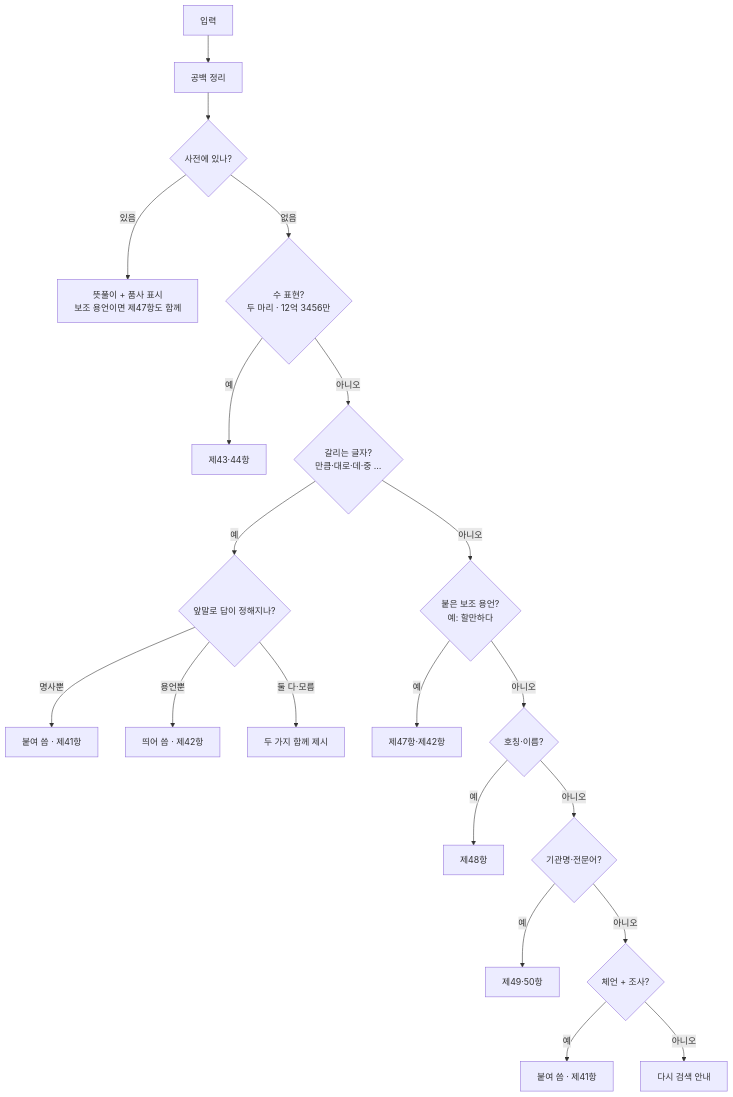
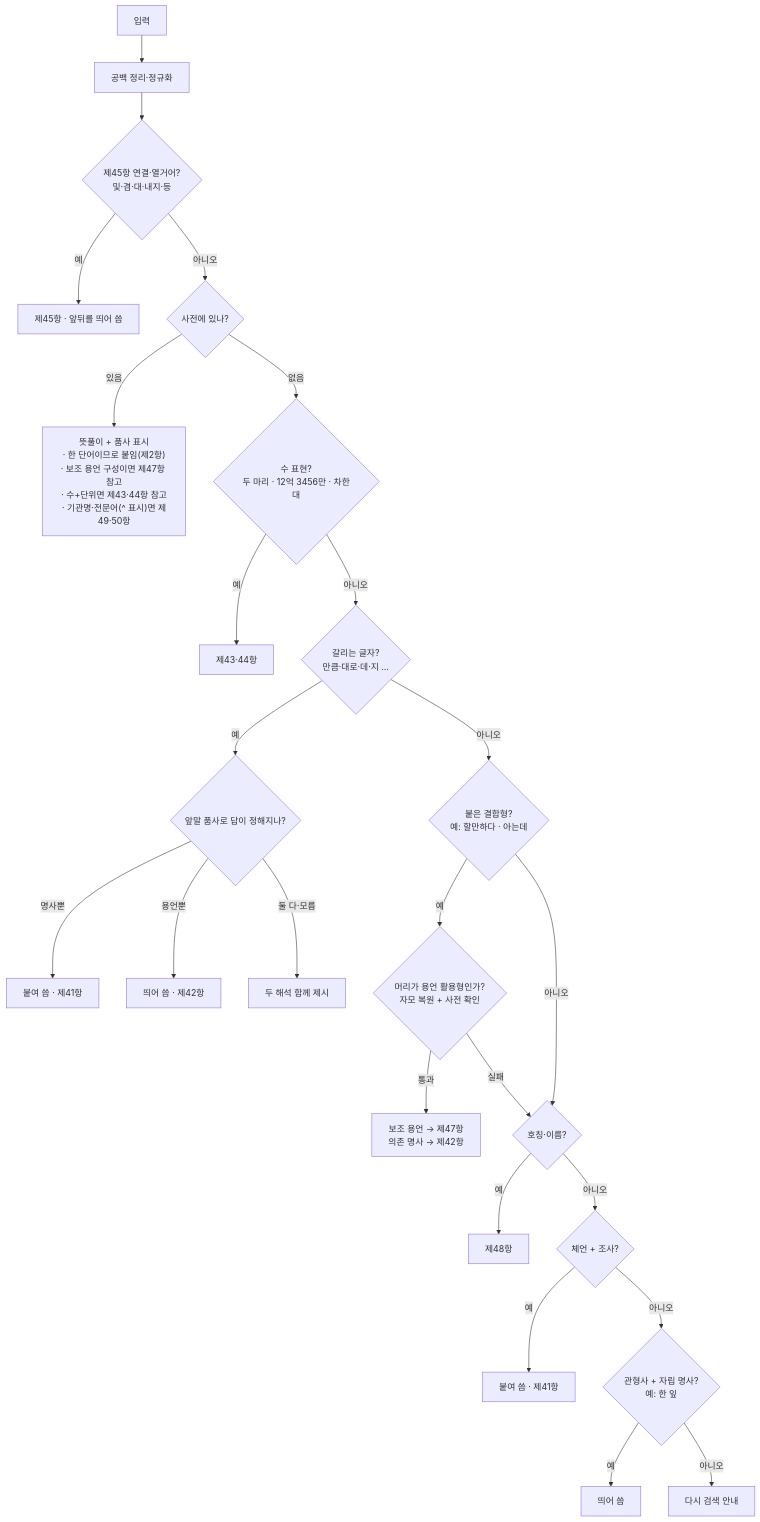
One commit to sophie-linguist/korean-spacing changed the diagram in README.md. Above: the diagram before and after it, drawn with Mermaid. The commit also changed other lines of this file and 1 other file, not shown here.

Commit message:
README를 실제 판정 알고리즘과 일치하도록 개정
- 불규칙 활용 한계 갱신: 르/러/ㅎ·ㅂ 불규칙은 이미 구현돼 있어
  "아직/빠짐" 서술을 제거하고, 명사 오인 방지로 일부러 막은
  역복원만 한계로 명시
- 판정 흐름도 교체: 차한대(수+단위)·관형사+자립명사·용언 활용형
  게이트를 추가하고, 제49·50항은 사전 등재어의 ^ 표시로 판단함을 반영
- "확신 없으면 단정 안 함" 원칙을 설계 원리 한 곳으로 통합(중복 제거)
- 기능 표를 정본으로 삼고 사용자 동선 우선으로 섹션 재배치, 테스트 안내 추가
- pyproject 버전 0.1.0 → 0.2.3 (배포본과 일치)

````diff
--- a/README.md
+++ b/README.md
@@ -41,22 +59,28 @@
 ```mermaid
 flowchart TD
-    A[입력] --> B[공백 정리]
-    B --> C{사전에 있나?}
-    C -- 있음 --> D["뜻풀이 + 품사 표시<br/>보조 용언이면 제47항도 함께"]
-    C -- 없음 --> E{"수 표현?<br/>두 마리 · 12억 3456만"}
-    E -- 예 --> E1[제43·44항]
-    E -- 아니오 --> F{"갈리는 글자?<br/>만큼·대로·데·중 …"}
-    F -- 예 --> F1{앞말로 답이 정해지나?}
-    F1 -- 명사뿐 --> F2[붙여 씀 · 제41항]
-    F1 -- 용언뿐 --> F3[띄어 씀 · 제42항]
-    F1 -- 둘 다·모름 --> F4[두 가지 함께 제시]
-    F -- 아니오 --> G{"붙은 보조 용언?<br/>예: 할만하다"}
-    G -- 예 --> G1[제47항·제42항]
-    G -- 아니오 --> H{호칭·이름?}
-    H -- 예 --> H1[제48항]
-    H -- 아니오 --> I{기관명·전문어?}
-    I -- 예 --> I1[제49·50항]
+    A[입력] --> B[공백 정리·정규화]
+    B --> C{"제45항 연결·열거어?<br/>및·겸·대·내지·등"}
+    C -- 예 --> C1[제45항 · 앞뒤를 띄어 씀]
+    C -- 아니오 --> D{사전에 있나?}
+
+    D -- 있음 --> E["뜻풀이 + 품사 표시<br/>· 한 단어이므로 붙임(제2항)<br/>· 보조 용언 구성이면 제47항 참고<br/>· 수+단위면 제43·44항 참고<br/>· 기관명·전문어(^ 표시)면 제49·50항"]
+
+    D -- 없음 --> F{"수 표현?<br/>두 마리 · 12억 3456만 · 차한대"}
+    F -- 예 --> F1[제43·44항]
+    F -- 아니오 --> G{"갈리는 글자?<br/>만큼·대로·데·지 …"}
+    G -- 예 --> G1{앞말 품사로 답이 정해지나?}
+    G1 -- 명사뿐 --> G2[붙여 씀 · 제41항]
+    G1 -- 용언뿐 --> G3[띄어 씀 · 제42항]
+    G1 -- 둘 다·모름 --> G4[두 해석 함께 제시]
+    G -- 아니오 --> H{"붙은 결합형?<br/>예: 할만하다 · 아는데"}
+    H -- 예 --> H1{"머리가 용언 활용형인가?<br/>자모 복원 + 사전 확인"}
+    H1 -- 통과 --> H2["보조 용언 → 제47항<br/>의존 명사 → 제42항"]
+    H1 -- 실패 --> I
+    H -- 아니오 --> I{호칭·이름?}
+    I -- 예 --> I1[제48항]
     I -- 아니오 --> J{체언 + 조사?}
     J -- 예 --> J1[붙여 씀 · 제41항]
-    J -- 아니오 --> K[다시 검색 안내]
+    J -- 아니오 --> K{"관형사 + 자립 명사?<br/>예: 한 잎"}
+    K -- 예 --> K1[띄어 씀]
+    K -- 아니오 --> L[다시 검색 안내]
 ```
````
